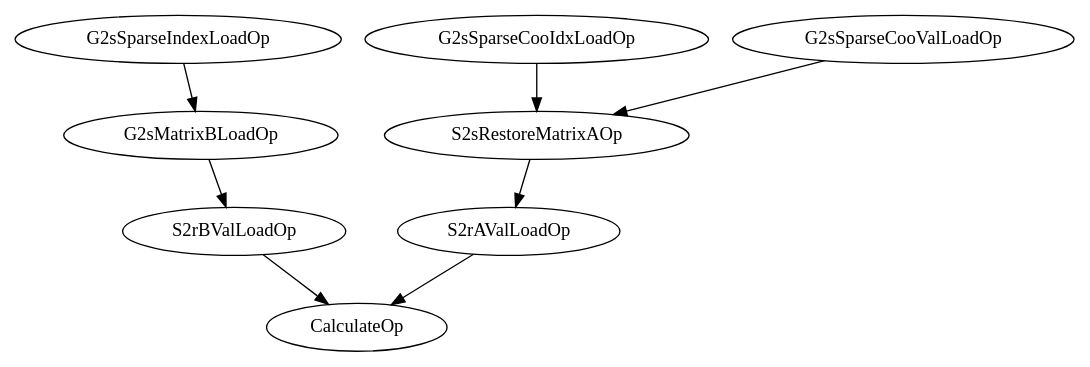
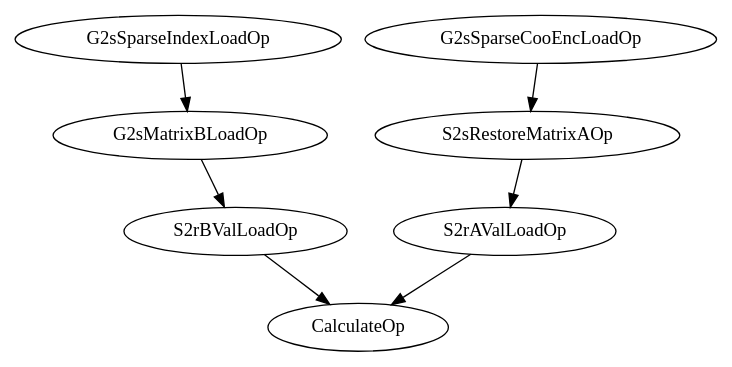
Before and after one commit to hd9568/MASK: the diagram in example/dtc-spmm/src_fp16/dtc/testbed/scripts/dtc.dot, drawn with Graphviz. The commit also changed 28 other files, not shown here.

```diff
--- a/example/dtc-spmm/src_fp16/dtc/testbed/scripts/dtc.dot
+++ b/example/dtc-spmm/src_fp16/dtc/testbed/scripts/dtc.dot
@@ -1,18 +1,16 @@
 // OpGraph
 digraph {
 	G2sSparseIndexLoadOp [label=G2sSparseIndexLoadOp]
-	G2sSparseCooIdxLoadOp [label=G2sSparseCooIdxLoadOp]
-	G2sSparseCooValLoadOp [label=G2sSparseCooValLoadOp]
+	G2sSparseCooEncLoadOp [label=G2sSparseCooEncLoadOp]
 	G2sMatrixBLoadOp [label=G2sMatrixBLoadOp]
 	S2sRestoreMatrixAOp [label=S2sRestoreMatrixAOp]
 	S2rAValLoadOp [label=S2rAValLoadOp]
 	S2rBValLoadOp [label=S2rBValLoadOp]
 	CalculateOp [label=CalculateOp]
 	G2sSparseIndexLoadOp -> G2sMatrixBLoadOp
-	G2sSparseCooIdxLoadOp -> S2sRestoreMatrixAOp
-	G2sSparseCooValLoadOp -> S2sRestoreMatrixAOp
+	G2sSparseCooEncLoadOp -> S2sRestoreMatrixAOp
 	S2sRestoreMatrixAOp -> S2rAValLoadOp
 	G2sMatrixBLoadOp -> S2rBValLoadOp
 	S2rAValLoadOp -> CalculateOp
 	S2rBValLoadOp -> CalculateOp
 }
```
